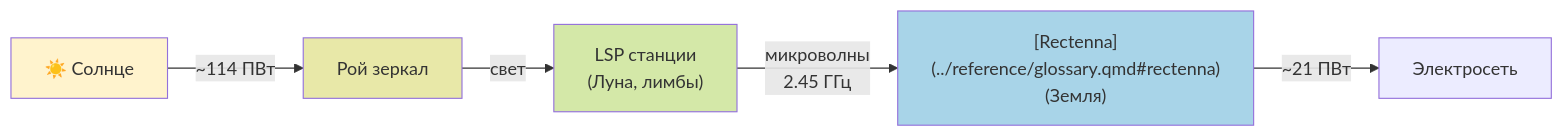
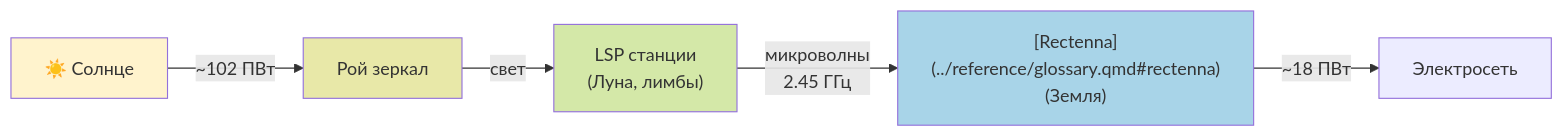
The diagram in ru/science/summaries/mirrors.qmd (DmitryNasikanov/infinite-energy), drawn with Mermaid before and after one commit. The commit also changed other lines of this file and 43 other files, not shown here.

````diff
--- a/ru/science/summaries/mirrors.qmd
+++ b/ru/science/summaries/mirrors.qmd
@@ -197,13 +197,13 @@
 ```{mermaid}
 %%| fig-width: 10
 flowchart LR
-    SUN["☀️ Солнце"] -->|"~114 ПВт"| SWARM["Рой зеркал"]
+    SUN["☀️ Солнце"] -->|"~102 ПВт"| SWARM["Рой зеркал"]
     SWARM -->|"свет"| LSP["LSP станции<br/>(Луна, лимбы)"]
     LSP -->|"микроволны<br/>2.45 ГГц"| RECT["[Rectenna](../reference/glossary.qmd#rectenna)<br/>(Земля)"]
-    RECT -->|"~21 ПВт"| GRID["Электросеть"]
+    RECT -->|"~18 ПВт"| GRID["Электросеть"]
 
     style SUN fill:#fff3cd
     style SWARM fill:#e8e8a8
     style LSP fill:#d4e8a8
     style RECT fill:#a8d4e8
 ```
````
